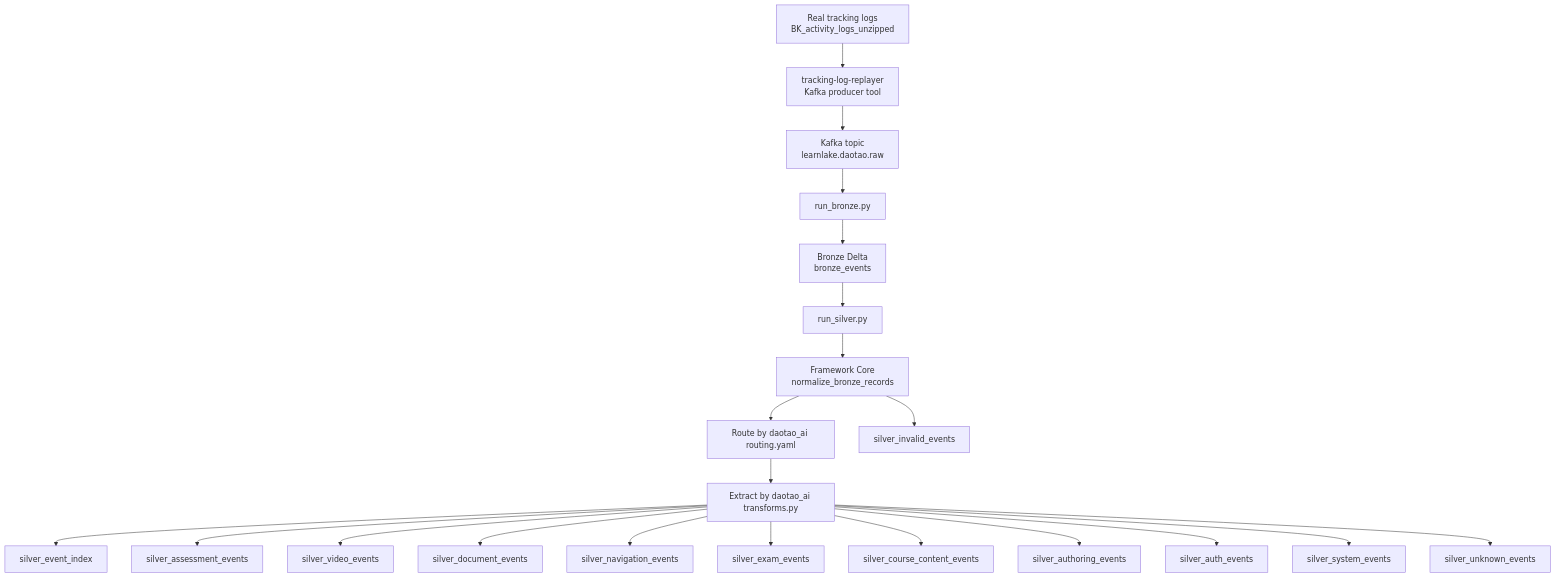
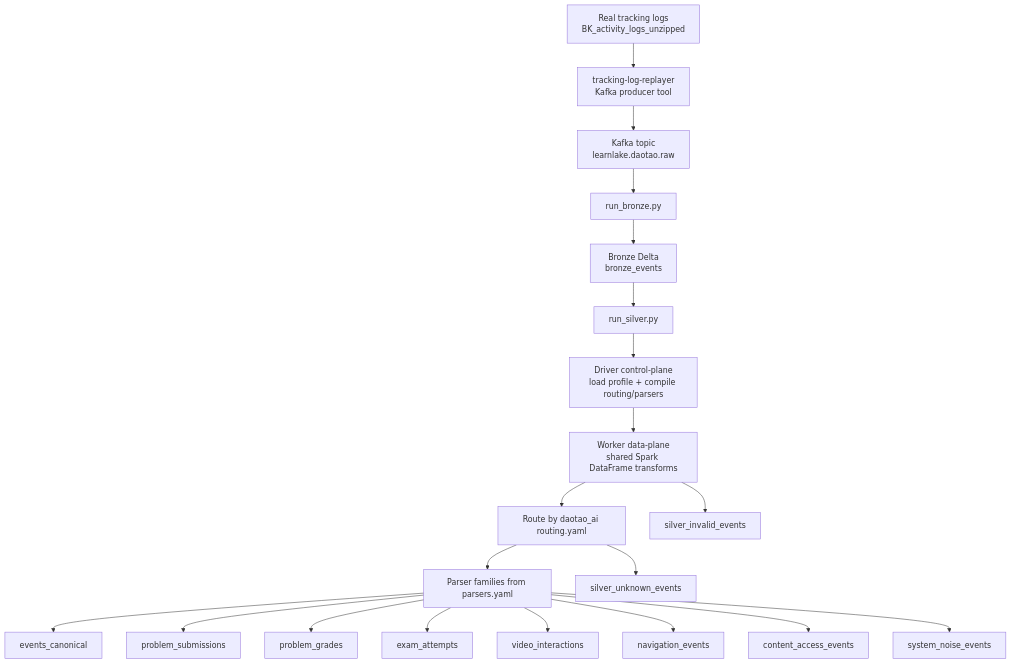
Before and after one commit to Cuong102904/LogAnalysisETL: diagram 14 of 14 in source/docs/framework-architecture.md, drawn with Mermaid. The commit also changed other lines of this file and 51 other files, not shown here.

Commit message:
đã kiểm chứng routing còn thiếu phần bot, pdf, auth_noise, path_noise, với chưa chạy dươcdj docker do parser lỗi

````diff
--- a/source/docs/framework-architecture.md
+++ b/source/docs/framework-architecture.md
@@ -1592,23 +1580,22 @@
 ```mermaid
 flowchart TB
     A["Real tracking logs\nBK_activity_logs_unzipped"] --> B["tracking-log-replayer\nKafka producer tool"]
     B --> C["Kafka topic\nlearnlake.daotao.raw"]
     C --> D["run_bronze.py"]
     D --> E["Bronze Delta\nbronze_events"]
     E --> F["run_silver.py"]
-    F --> G["Framework Core\nnormalize_bronze_records"]
-    G --> H["Route by daotao_ai routing.yaml"]
-    H --> I["Extract by daotao_ai transforms.py"]
-    I --> J["silver_event_index"]
-    I --> K["silver_assessment_events"]
-    I --> L["silver_video_events"]
-    I --> M["silver_document_events"]
-    I --> N["silver_navigation_events"]
-    I --> O["silver_exam_events"]
-    I --> P["silver_course_content_events"]
-    I --> Q["silver_authoring_events"]
-    I --> R["silver_auth_events"]
-    I --> S["silver_system_events"]
-    I --> T["silver_unknown_events"]
-    G --> U["silver_invalid_events"]
+    F --> G["Driver control-plane\nload profile + compile routing/parsers"]
+    G --> H["Worker data-plane\nshared Spark DataFrame transforms"]
+    H --> I["Route by daotao_ai routing.yaml"]
+    I --> J["Parser families from parsers.yaml"]
+    J --> K["events_canonical"]
+    J --> L["problem_submissions"]
+    J --> M["problem_grades"]
+    J --> N["exam_attempts"]
+    J --> O["video_interactions"]
+    J --> P["navigation_events"]
+    J --> Q["content_access_events"]
+    J --> R["system_noise_events"]
+    I --> S["silver_unknown_events"]
+    H --> T["silver_invalid_events"]
 ```
````
